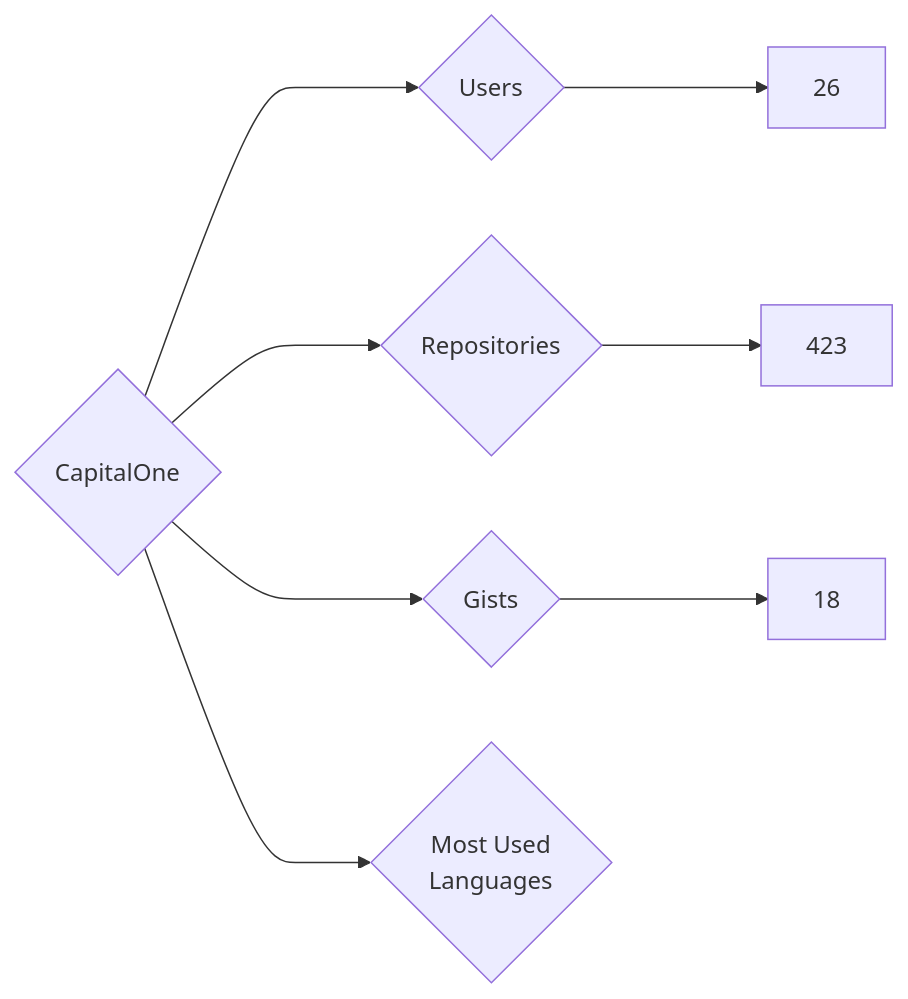
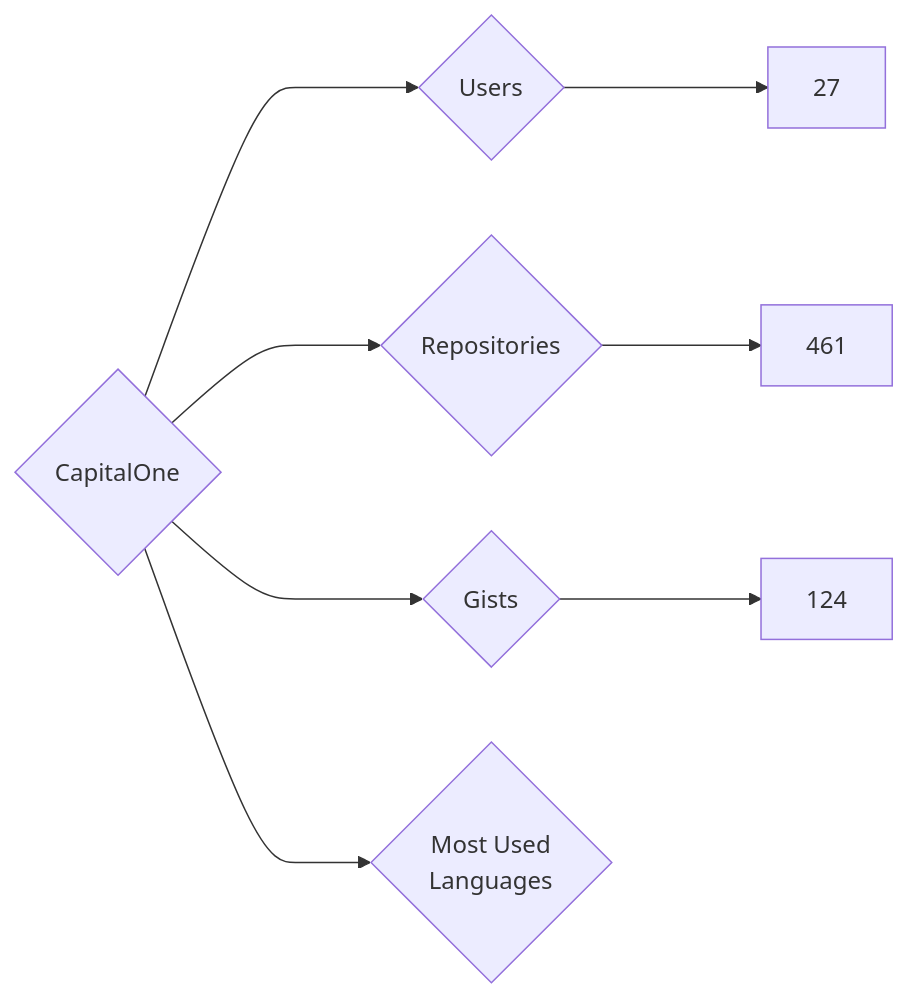
The diagram in targets/CapitalOne/README.md (nenadzaric/insiders), drawn with Mermaid before and after one commit. The commit also changed 1342 other files, not shown here.

````diff
--- a/targets/CapitalOne/README.md
+++ b/targets/CapitalOne/README.md
@@ -3,8 +3,8 @@
 ```mermaid
 graph LR
 COMPANY_NAME{CapitalOne}
-COMPANY_NAME ---> U{Users} ---> UN[26]
-COMPANY_NAME ---> R{Repositories} ---> RN[423]
-COMPANY_NAME ---> G{Gists} ---> GN[18]
+COMPANY_NAME ---> U{Users} ---> UN[27]
+COMPANY_NAME ---> R{Repositories} ---> RN[461]
+COMPANY_NAME ---> G{Gists} ---> GN[124]
 COMPANY_NAME ---> ML{Most Used<br>Languages}
 ```
````
